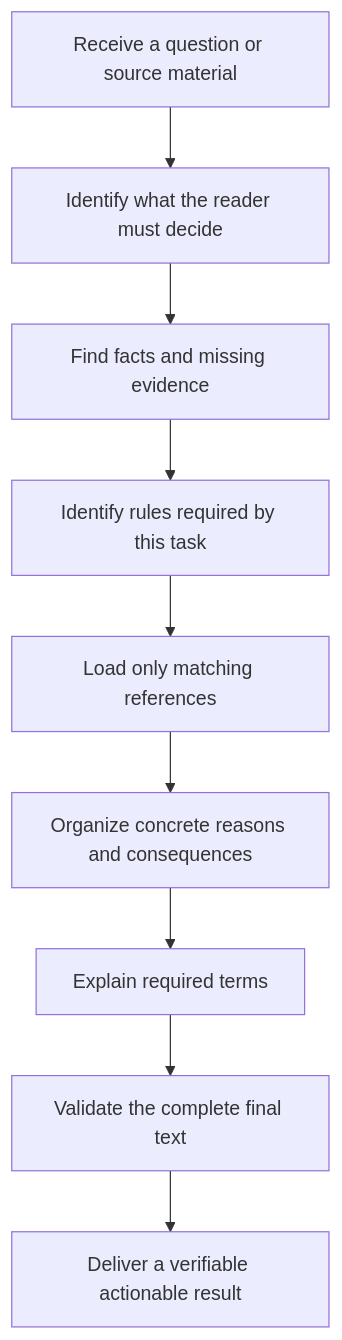
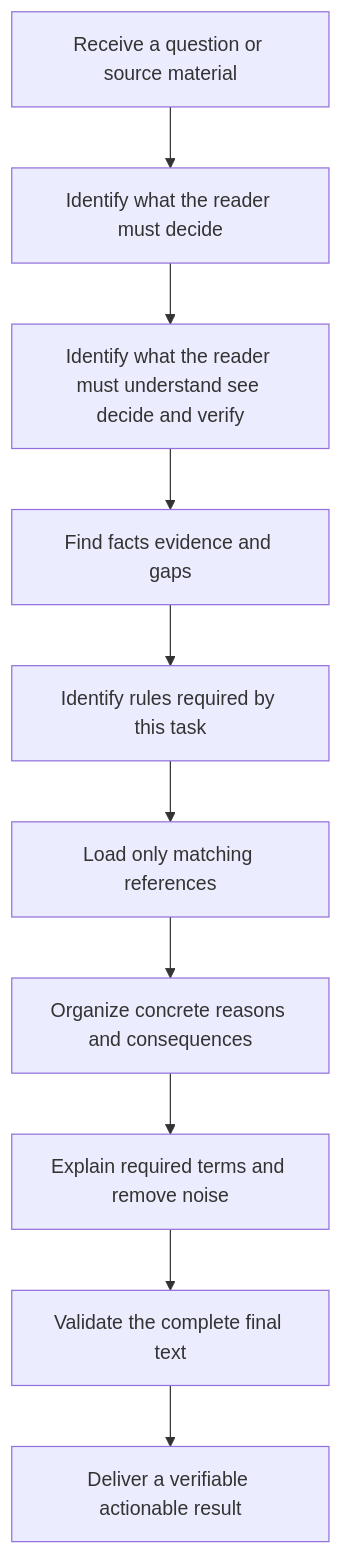
Before and after one commit to AIALRA-0/agent-human-readable-technical-writing: the diagram in README.en.md, drawn with Mermaid. The commit also changed other lines of this file and 4 other files, not shown here.

````diff
--- a/README.en.md
+++ b/README.en.md
@@ -266,12 +266,13 @@
 ```mermaid
 %% Show the complete route from source material to a verifiable and actionable result
 flowchart TD
     A[Receive a question or source material] --> B[Identify what the reader must decide]
-    B --> C[Find facts and missing evidence]
-    C --> D[Identify rules required by this task]
-    D --> E[Load only matching references]
-    E --> F[Organize concrete reasons and consequences]
-    F --> G[Explain required terms]
-    G --> H[Validate the complete final text]
-    H --> I[Deliver a verifiable actionable result]
+    B --> C[Identify what the reader must understand see decide and verify]
+    C --> D[Find facts evidence and gaps]
+    D --> E[Identify rules required by this task]
+    E --> F[Load only matching references]
+    F --> G[Organize concrete reasons and consequences]
+    G --> H[Explain required terms and remove noise]
+    H --> I[Validate the complete final text]
+    I --> J[Deliver a verifiable actionable result]
 ```
````
